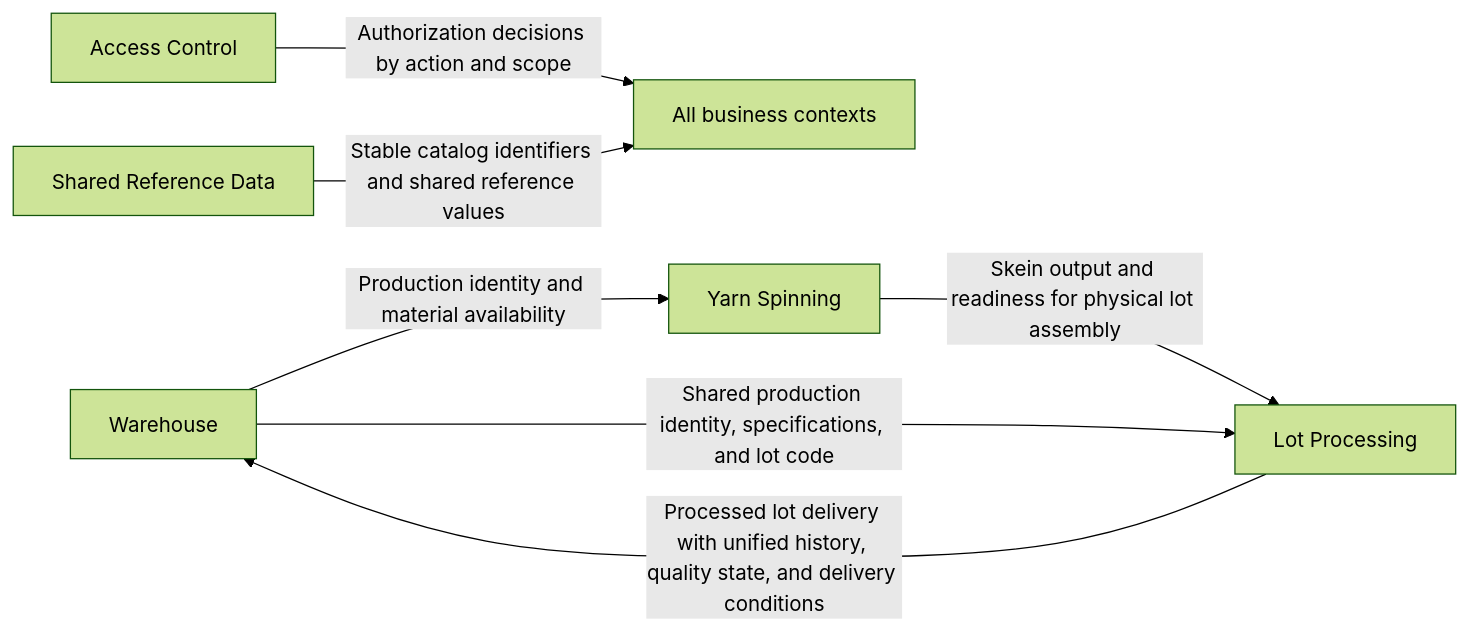
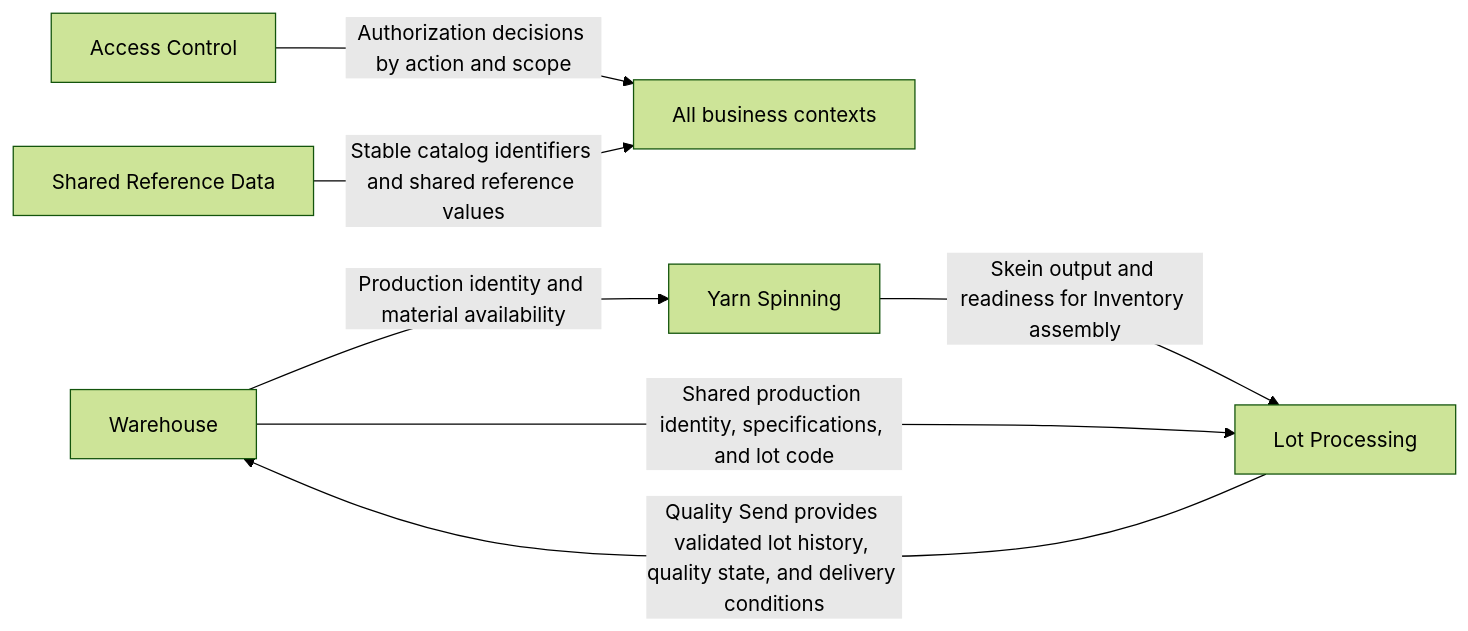
One commit to luiscm17/yarn-epr changed the diagram in docs/architecture/context-boundaries-and-ownership.md. Above: the diagram before and after it, drawn with Mermaid (forest theme). The commit also changed other lines of this file and 5 other files, not shown here.

Commit message:
docs(arch): refactor to single lot identity model with Quality Send handoff

````diff
--- a/docs/architecture/context-boundaries-and-ownership.md
+++ b/docs/architecture/context-boundaries-and-ownership.md
@@ -149,16 +141,16 @@
 ```mermaid
 flowchart LR
     W[Warehouse]
     YS[Yarn Spinning]
     LP[Lot Processing]
     AC[Access Control]
     SRD[Shared Reference Data]
     ALL[All business contexts]
 
     W -->|Production identity and material availability| YS
     W -->|Shared production identity, specifications, and lot code| LP
-    YS -->|Skein output and readiness for physical lot assembly| LP
-    LP -->|Processed lot delivery with unified history, quality state, and delivery conditions| W
+    YS -->|Skein output and readiness for Inventory assembly| LP
+    LP -->|Quality Send provides validated lot history, quality state, and delivery conditions| W
     AC -->|Authorization decisions by action and scope| ALL
     SRD -->|Stable catalog identifiers and shared reference values| ALL
 ```
````
